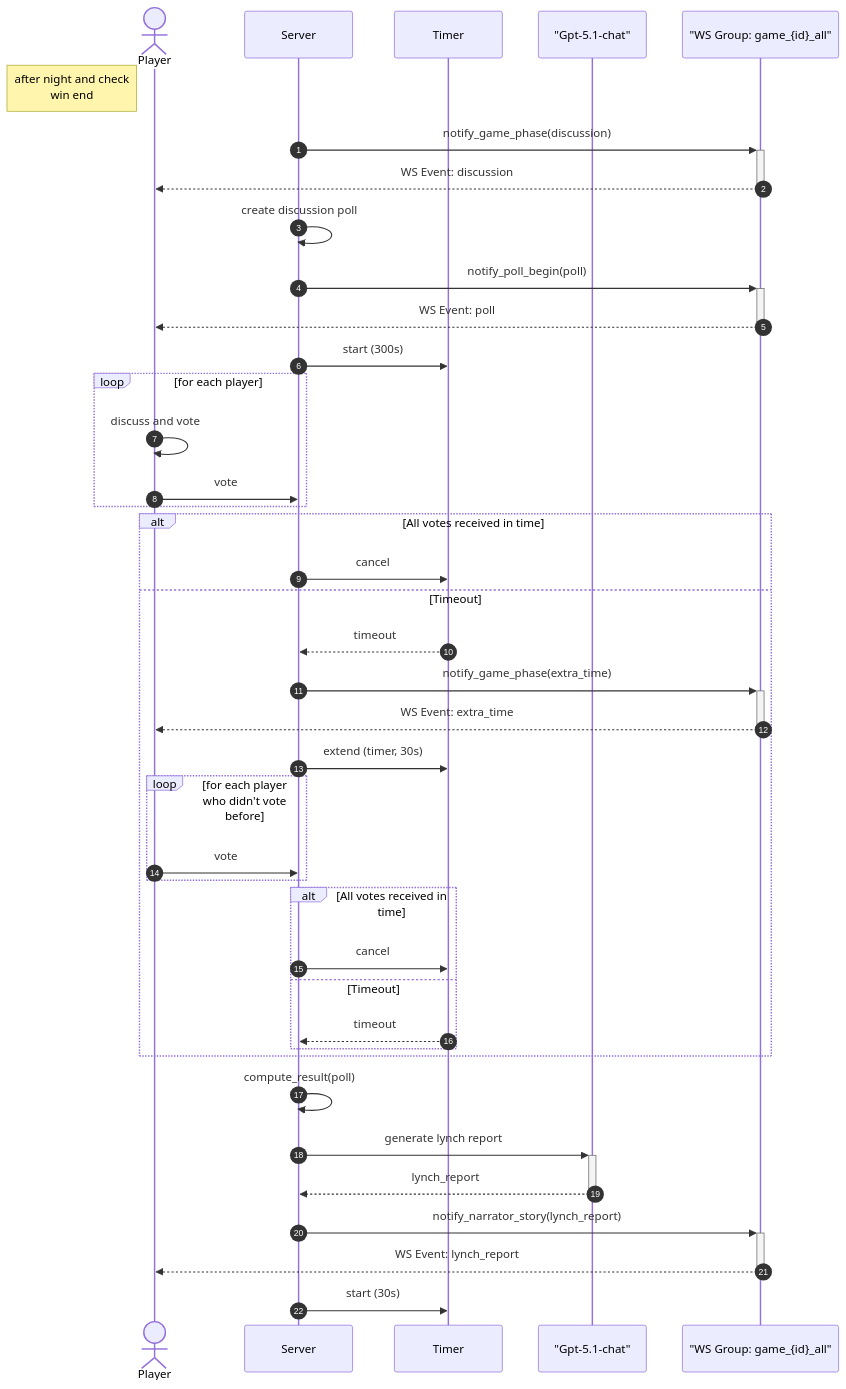
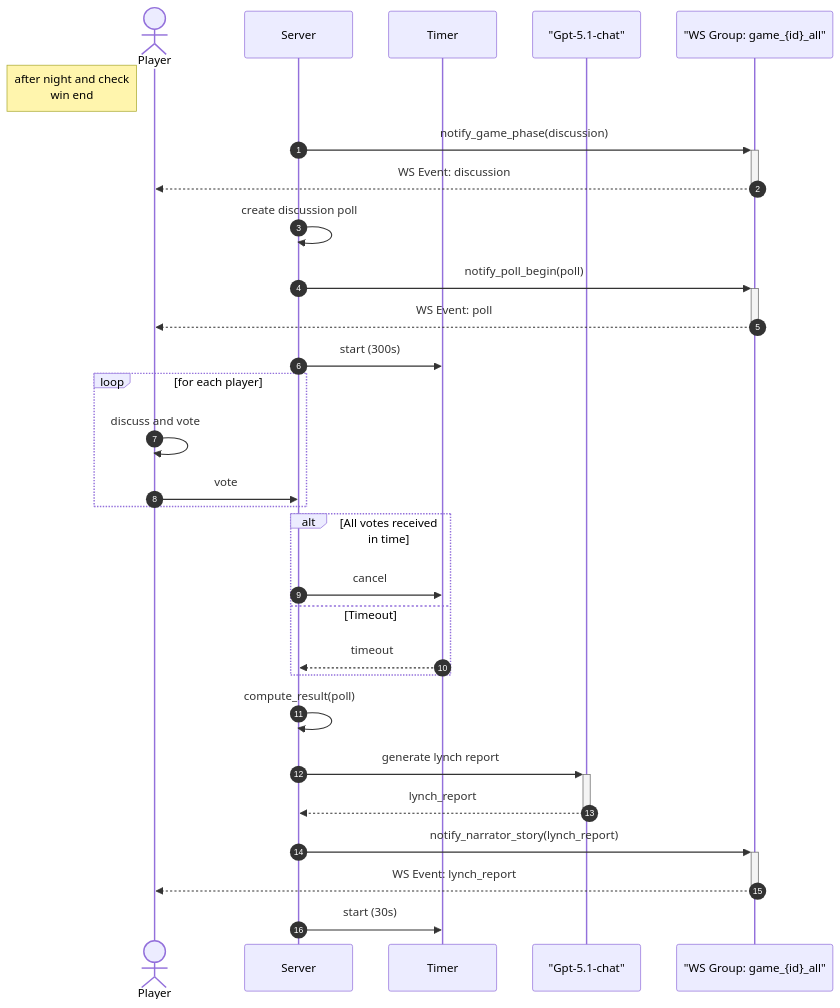
One commit to rivaPolimi/LLMinFabula changed the diagram in Documentation/Diagram/lynch_sequence_diagram.mmd. Above: the diagram before and after it, drawn with Mermaid. The commit also changed 25 other files, not shown here.

```diff
--- a/Documentation/Diagram/lynch_sequence_diagram.mmd
+++ b/Documentation/Diagram/lynch_sequence_diagram.mmd
@@ -1,46 +1,34 @@
 sequenceDiagram
     autonumber
     actor Player
     participant Server
     participant Timer
     participant Bot as "Gpt-5.1-chat"
     participant GameGroup as "WS Group: game_{id}_all"
 
     Note left of Player: after night and check <br> win end
     Server ->>+ GameGroup: notify_game_phase(discussion)
     GameGroup -->>- Player: WS Event: discussion
 
     Server ->> Server: create discussion poll
     Server ->>+ GameGroup: notify_poll_begin(poll)
     GameGroup -->>- Player: WS Event: poll
     Server ->> Timer: start (300s)
 
     loop for each player
         Player ->> Player: discuss and vote
         Player ->> Server: vote
     end
 
     alt  All votes received in time
         Server ->> Timer: cancel
     else Timeout
         Timer -->> Server: timeout
-        Server ->>+ GameGroup: notify_game_phase(extra_time)
-        GameGroup -->>- Player: WS Event: extra_time
-        Server ->> Timer: extend (timer, 30s)
-        loop for each player who didn't vote before
-            Player ->> Server: vote
-        end
-
-        alt  All votes received in time
-            Server ->> Timer: cancel
-        else Timeout
-            Timer -->> Server: timeout
-        end
     end
 
     Server ->> Server: compute_result(poll)
     Server ->>+ Bot: generate lynch report
     Bot -->>- Server: lynch_report
     Server ->>+ GameGroup: notify_narrator_story(lynch_report)
     GameGroup -->>- Player: WS Event: lynch_report
     Server ->> Timer: start (30s)
```
